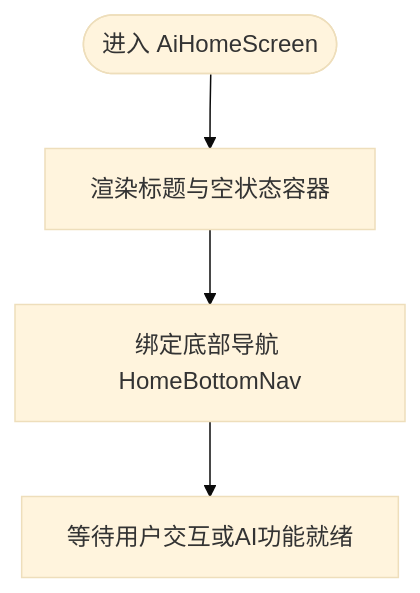
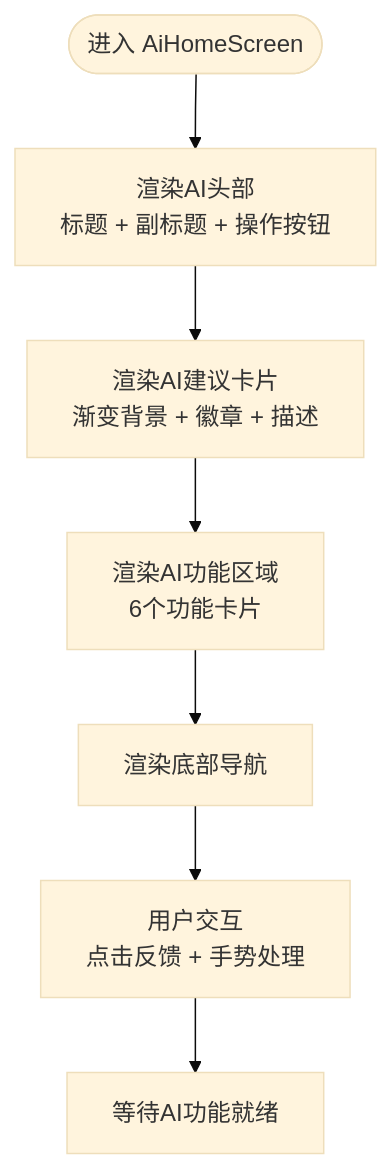
Before and after one commit to wanhongbo/ai-photo-vault: the third of 9 diagrams in .qoder/repowiki/zh/content/核心功能模块/AI功能系统.md, drawn with Mermaid (base theme). The commit also changed other lines of this file and 9 other files, not shown here.

````diff
--- a/.qoder/repowiki/zh/content/核心功能模块/AI功能系统.md
+++ b/.qoder/repowiki/zh/content/核心功能模块/AI功能系统.md
@@ -171,6 +191,9 @@
 ```mermaid
 flowchart TD
-Start(["进入 AiHomeScreen"]) --> Render["渲染标题与空状态容器"]
-Render --> Nav["绑定底部导航 HomeBottomNav"]
-Nav --> Ready["等待用户交互或AI功能就绪"]
+Start(["进入 AiHomeScreen"]) --> Header["渲染AI头部<br/>标题 + 副标题 + 操作按钮"]
+Header --> Suggest["渲染AI建议卡片<br/>渐变背景 + 徽章 + 描述"]
+Suggest --> Features["渲染AI功能区域<br/>6个功能卡片"]
+Features --> BottomNav["渲染底部导航"]
+BottomNav --> Interact["用户交互<br/>点击反馈 + 手势处理"]
+Interact --> Ready["等待AI功能就绪"]
 ```
````
